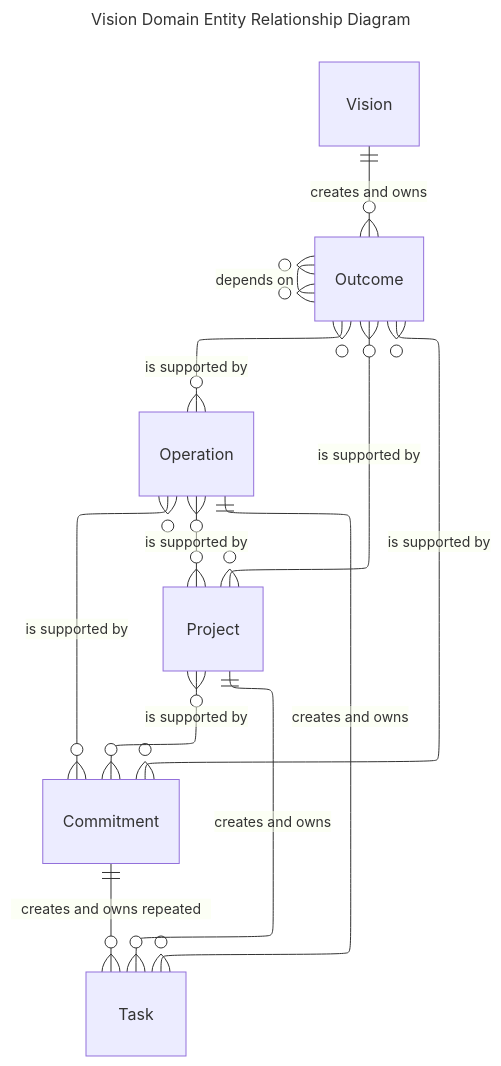
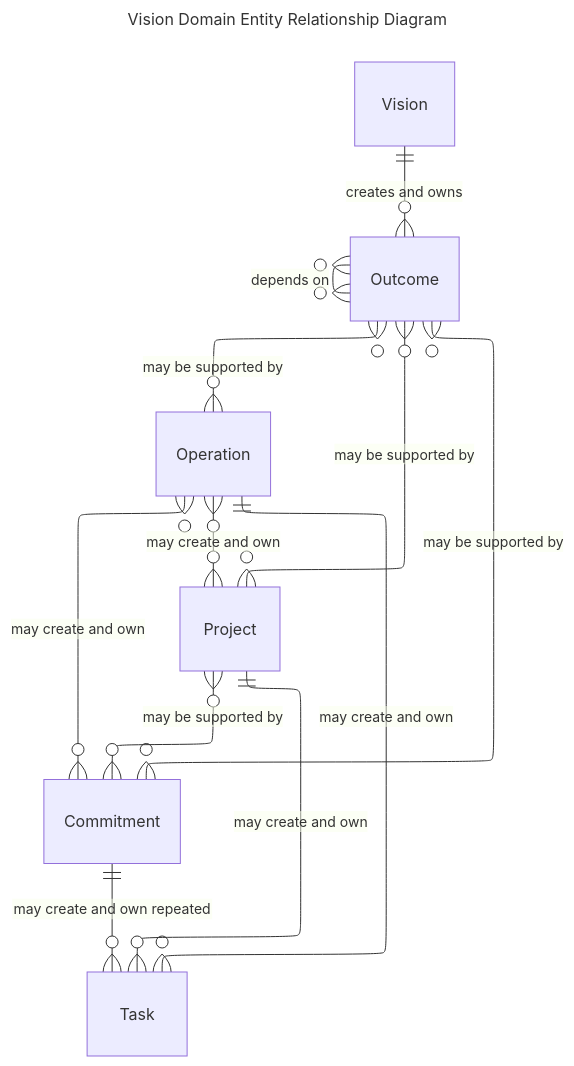
One commit to osgrouch/olos changed the first of 9 diagrams in design-docs/02-entity-relationship-diagrams.md. Above: the diagram before and after it, drawn with Mermaid. The commit also changed other lines of this file and 3 other files, not shown here.

Commit message:
Refining ubiq lang and mermaid diagrams

````diff
--- a/design-docs/02-entity-relationship-diagrams.md
+++ b/design-docs/02-entity-relationship-diagrams.md
@@ -4,25 +4,25 @@
 ``` mermaid
 ---
 config:
   layout: elk
 title: Vision Domain Entity Relationship Diagram
 ---
 erDiagram
   direction TB
 
   Vision ||--o{ Outcome : "creates and owns"
 
   Outcome }o--o{ Outcome : "depends on"
-  Outcome }o--o{ Operation : "is supported by"
-  Outcome }o--o{ Project : "is supported by"
-  Outcome }o--o{ Commitment : "is supported by"
+  Outcome }o--o{ Operation : "may be supported by"
+  Outcome }o--o{ Project : "may be supported by"
+  Outcome }o--o{ Commitment : "may be supported by"
 
-  Operation }o--o{ Project : "is supported by"
-  Operation }o--o{ Commitment : "is supported by"
-  Operation ||--o{ Task : "creates and owns"
+  Operation }o--o{ Commitment : "may create and own"
+  Operation }o--o{ Project : "may create and own"
+  Operation ||--o{ Task : "may create and own"
 
-  Project }o--o{ Commitment : "is supported by"
-  Project ||--o{ Task : "creates and owns"
+  Project }o--o{ Commitment : "may be supported by"
+  Project ||--o{ Task : "may create and own"
 
-  Commitment ||--o{ Task : "creates and owns repeated"
+  Commitment ||--o{ Task : "may create and own repeated"
 ```
````
